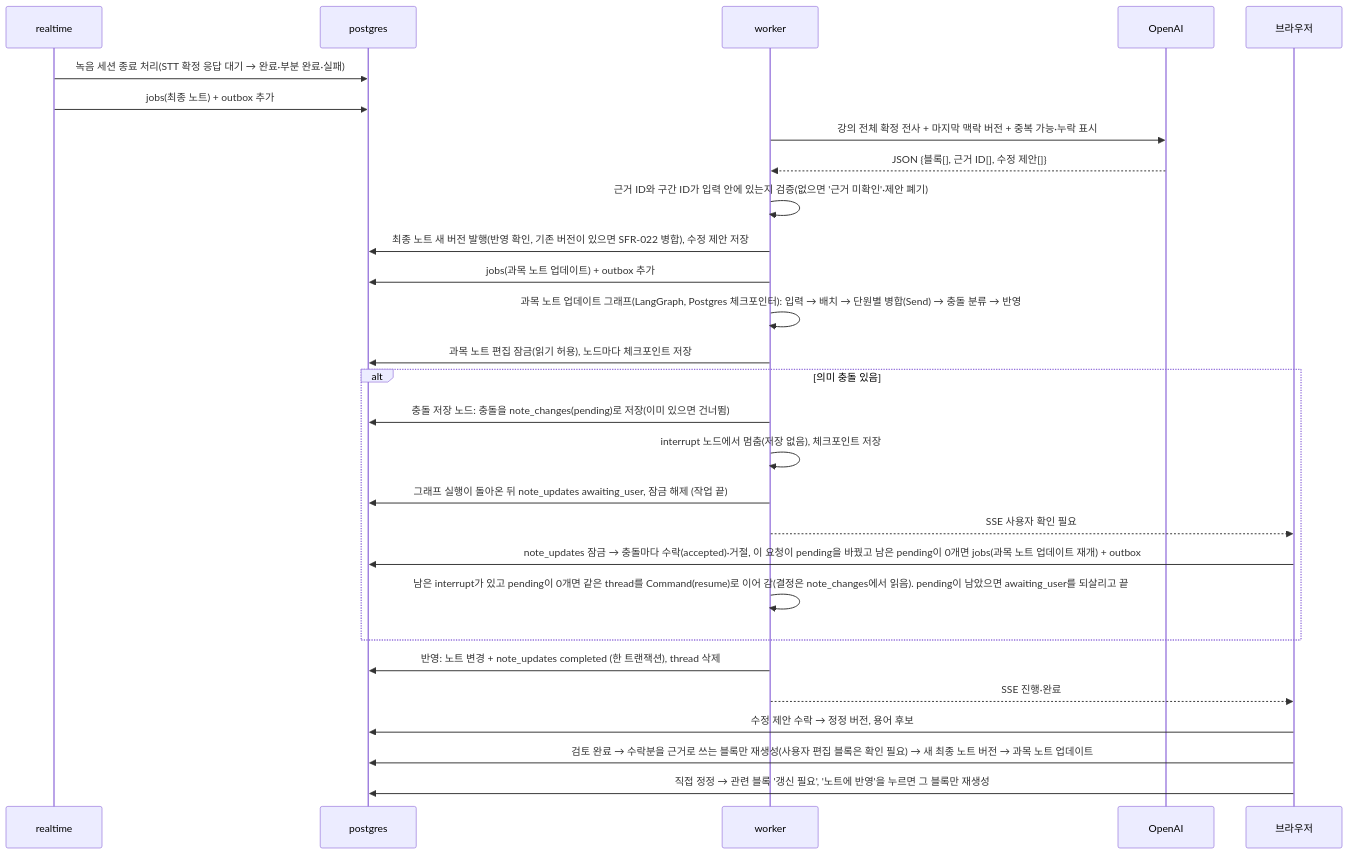
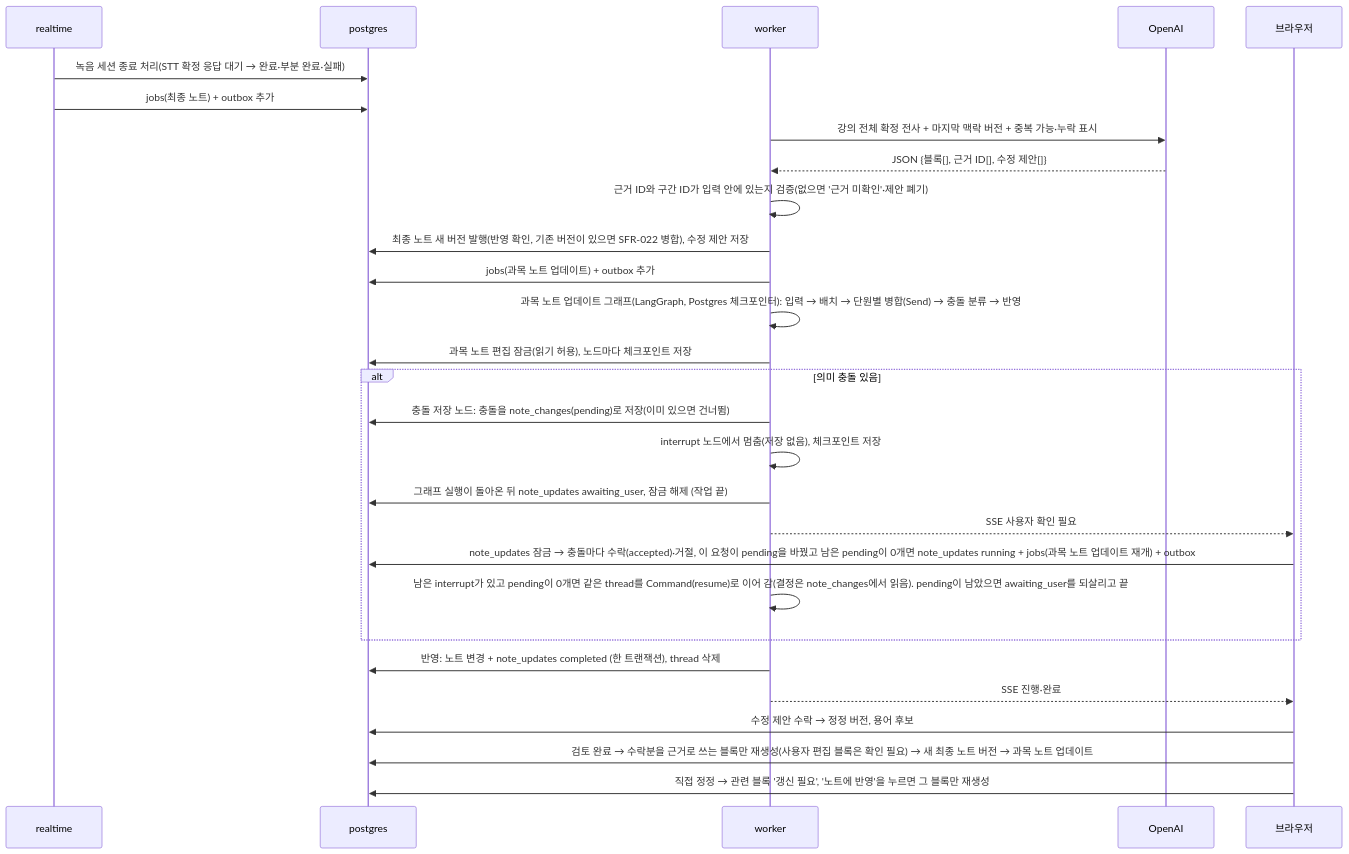
One commit to MinGyu-Kim0/notree changed the sixth of 11 diagrams in docs/architecture.md. Above: the diagram before and after it, drawn with Mermaid. The commit also changed 2 other files, not shown here.

Commit message:
docs(notebook): 재개 등록 트랜잭션이 note_updates를 running으로 바꿔 재시도 경합 차단 (SFR-043)

````diff
--- a/docs/architecture.md
+++ b/docs/architecture.md
@@ -190,30 +190,30 @@
 ```mermaid
 sequenceDiagram
   participant R as realtime
   participant P as postgres
   participant K as worker
   participant CL as OpenAI
   participant B as 브라우저
   R->>P: 녹음 세션 종료 처리(STT 확정 응답 대기 → 완료·부분 완료·실패)
   R->>P: jobs(최종 노트) + outbox 추가
   K->>CL: 강의 전체 확정 전사 + 마지막 맥락 버전 + 중복 가능·누락 표시
   CL-->>K: JSON {블록[], 근거 ID[], 수정 제안[]}
   K->>K: 근거 ID와 구간 ID가 입력 안에 있는지 검증(없으면 '근거 미확인'·제안 폐기)
   K->>P: 최종 노트 새 버전 발행(반영 확인, 기존 버전이 있으면 SFR-022 병합), 수정 제안 저장
   K->>P: jobs(과목 노트 업데이트) + outbox 추가
   K->>K: 과목 노트 업데이트 그래프(LangGraph, Postgres 체크포인터): 입력 → 배치 → 단원별 병합(Send) → 충돌 분류 → 반영
   K->>P: 과목 노트 편집 잠금(읽기 허용), 노드마다 체크포인트 저장
   alt 의미 충돌 있음
     K->>P: 충돌 저장 노드: 충돌을 note_changes(pending)로 저장(이미 있으면 건너뜀)
     K->>K: interrupt 노드에서 멈춤(저장 없음), 체크포인트 저장
     K->>P: 그래프 실행이 돌아온 뒤 note_updates awaiting_user, 잠금 해제 (작업 끝)
     K-->>B: SSE 사용자 확인 필요
-    B->>P: note_updates 잠금 → 충돌마다 수락(accepted)·거절, 이 요청이 pending을 바꿨고 남은 pending이 0개면 jobs(과목 노트 업데이트 재개) + outbox
+    B->>P: note_updates 잠금 → 충돌마다 수락(accepted)·거절, 이 요청이 pending을 바꿨고 남은 pending이 0개면 note_updates running + jobs(과목 노트 업데이트 재개) + outbox
     K->>K: 남은 interrupt가 있고 pending이 0개면 같은 thread를 Command(resume)로 이어 감(결정은 note_changes에서 읽음). pending이 남았으면 awaiting_user를 되살리고 끝
   end
   K->>P: 반영: 노트 변경 + note_updates completed (한 트랜잭션), thread 삭제
   K-->>B: SSE 진행·완료
   B->>P: 수정 제안 수락 → 정정 버전, 용어 후보
   B->>P: 검토 완료 → 수락분을 근거로 쓰는 블록만 재생성(사용자 편집 블록은 확인 필요) → 새 최종 노트 버전 → 과목 노트 업데이트
   B->>P: 직접 정정 → 관련 블록 '갱신 필요', '노트에 반영'을 누르면 그 블록만 재생성
 ```
````
